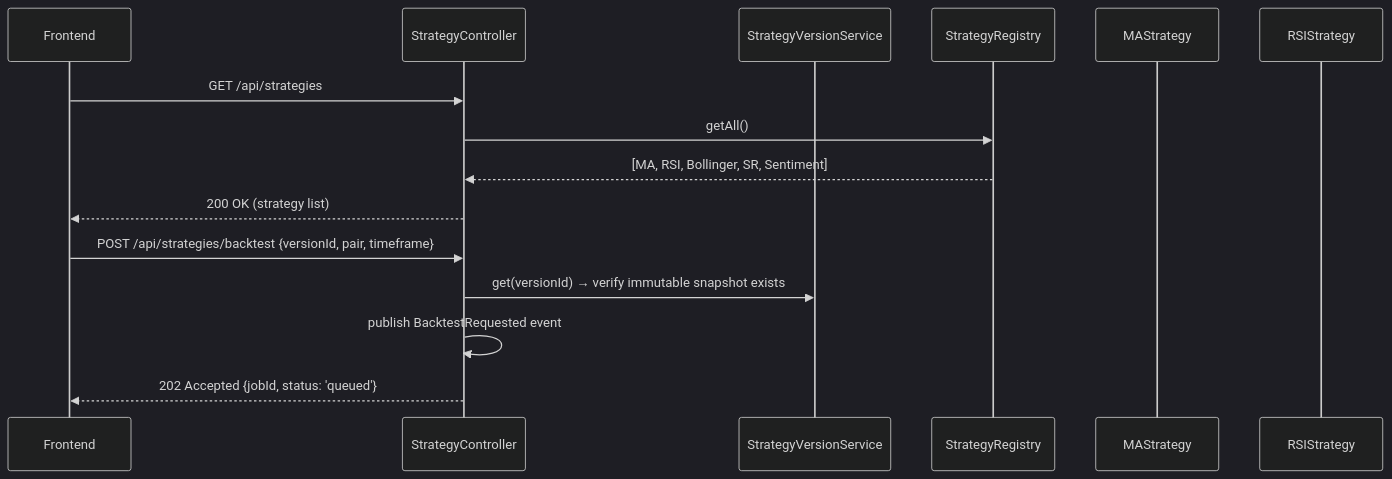
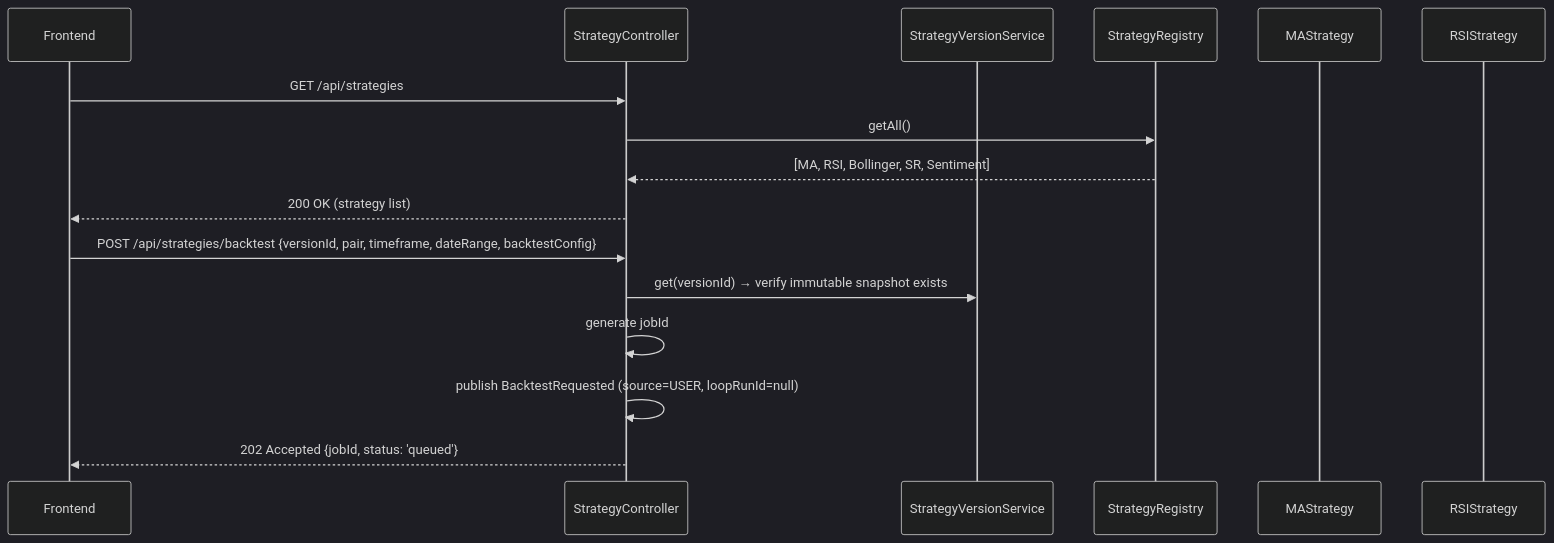
The first of 3 diagrams in kb/modules/strategy-engine.md (Hoang105205/Crypto-Strategy-Lab), drawn with Mermaid (dark theme) before and after one commit. The commit also changed other lines of this file and 7 other files, not shown here.

Commit message:
docs(backtest): align event ownership and payload contracts

````diff
--- a/kb/modules/strategy-engine.md
+++ b/kb/modules/strategy-engine.md
@@ -176,19 +180,20 @@
 ```mermaid
 sequenceDiagram
     participant FE as Frontend
     participant SC as StrategyController
     participant VS as StrategyVersionService
     participant SR as StrategyRegistry
     participant MA as MAStrategy
     participant RSI as RSIStrategy
 
     FE->>SC: GET /api/strategies
     SC->>SR: getAll()
     SR-->>SC: [MA, RSI, Bollinger, SR, Sentiment]
     SC-->>FE: 200 OK (strategy list)
 
-    FE->>SC: POST /api/strategies/backtest {versionId, pair, timeframe}
+    FE->>SC: POST /api/strategies/backtest {versionId, pair, timeframe, dateRange, backtestConfig}
     SC->>VS: get(versionId) → verify immutable snapshot exists
-    SC->>SC: publish BacktestRequested event
+    SC->>SC: generate jobId
+    SC->>SC: publish BacktestRequested (source=USER, loopRunId=null)
     SC-->>FE: 202 Accepted {jobId, status: 'queued'}
 ```
````
